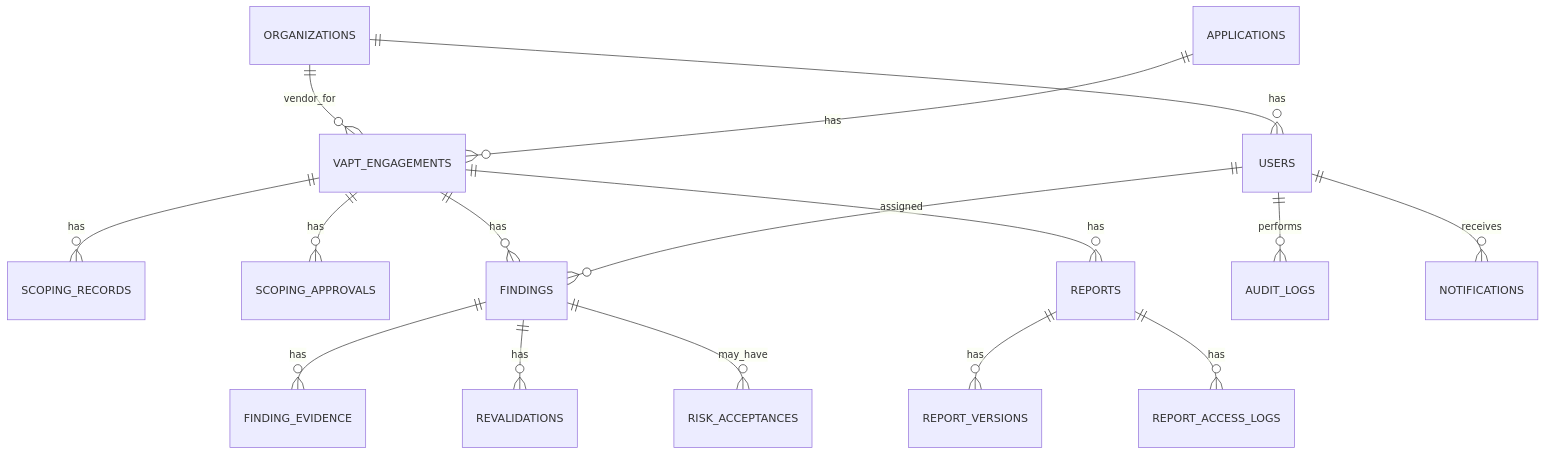
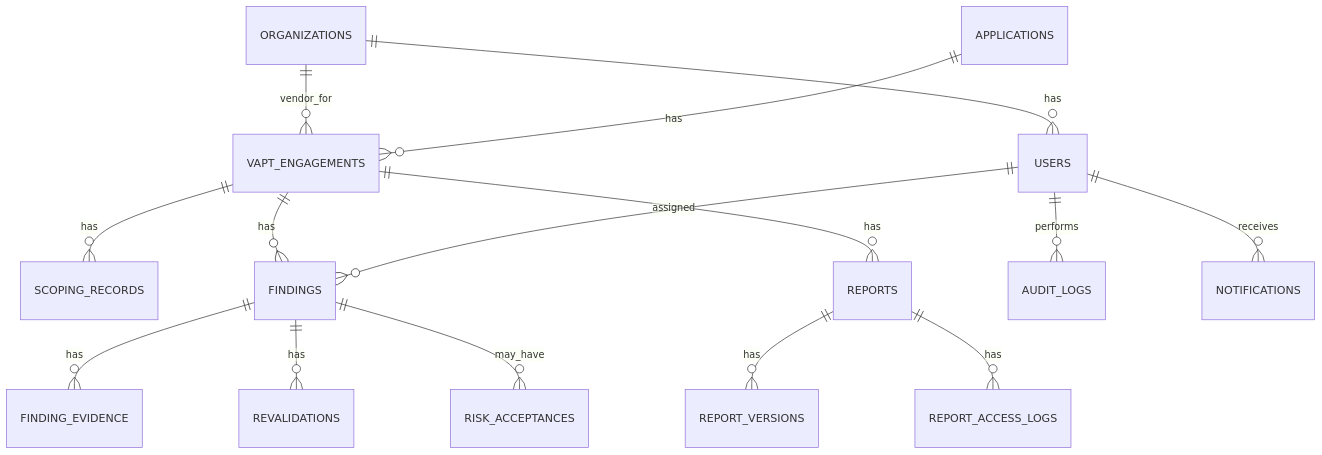
One commit to karimjindani/securetracker changed the diagram in docs/database-design.md. Above: the diagram before and after it, drawn with Mermaid. The commit also changed other lines of this file and 42 other files, not shown here.

````diff
--- a/docs/database-design.md
+++ b/docs/database-design.md
@@ -111,18 +111,17 @@
 ```mermaid
 erDiagram
     ORGANIZATIONS ||--o{ USERS : has
     ORGANIZATIONS ||--o{ VAPT_ENGAGEMENTS : vendor_for
     APPLICATIONS ||--o{ VAPT_ENGAGEMENTS : has
     VAPT_ENGAGEMENTS ||--o{ SCOPING_RECORDS : has
-    VAPT_ENGAGEMENTS ||--o{ SCOPING_APPROVALS : has
     VAPT_ENGAGEMENTS ||--o{ REPORTS : has
     VAPT_ENGAGEMENTS ||--o{ FINDINGS : has
     REPORTS ||--o{ REPORT_VERSIONS : has
     REPORTS ||--o{ REPORT_ACCESS_LOGS : has
     FINDINGS ||--o{ FINDING_EVIDENCE : has
     FINDINGS ||--o{ REVALIDATIONS : has
     FINDINGS ||--o{ RISK_ACCEPTANCES : may_have
     USERS ||--o{ AUDIT_LOGS : performs
     USERS ||--o{ FINDINGS : assigned
     USERS ||--o{ NOTIFICATIONS : receives
 ```
````
